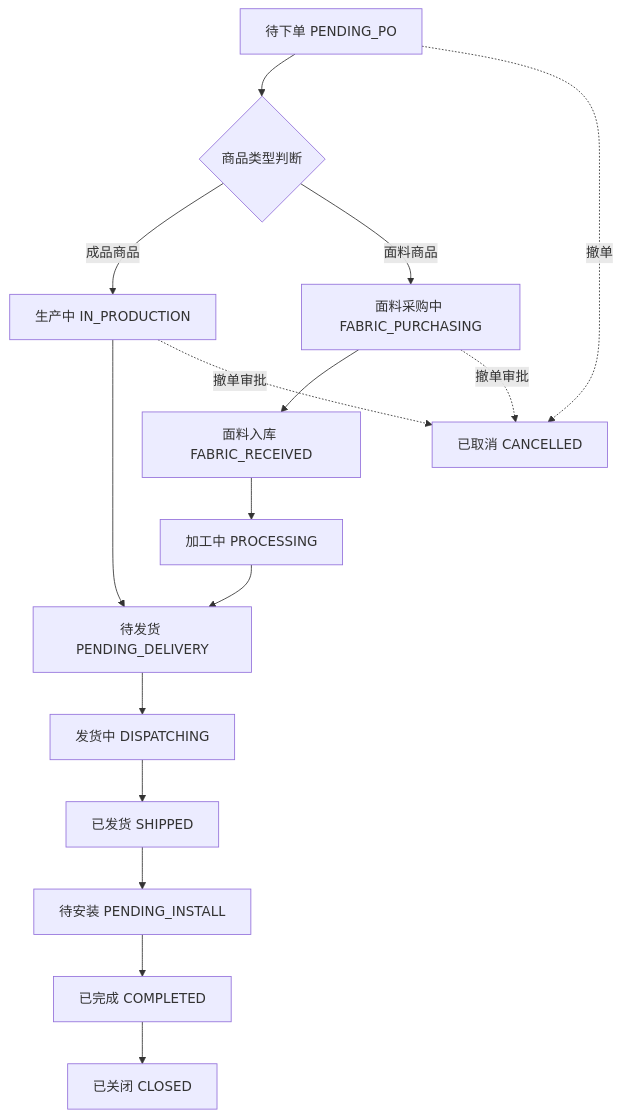
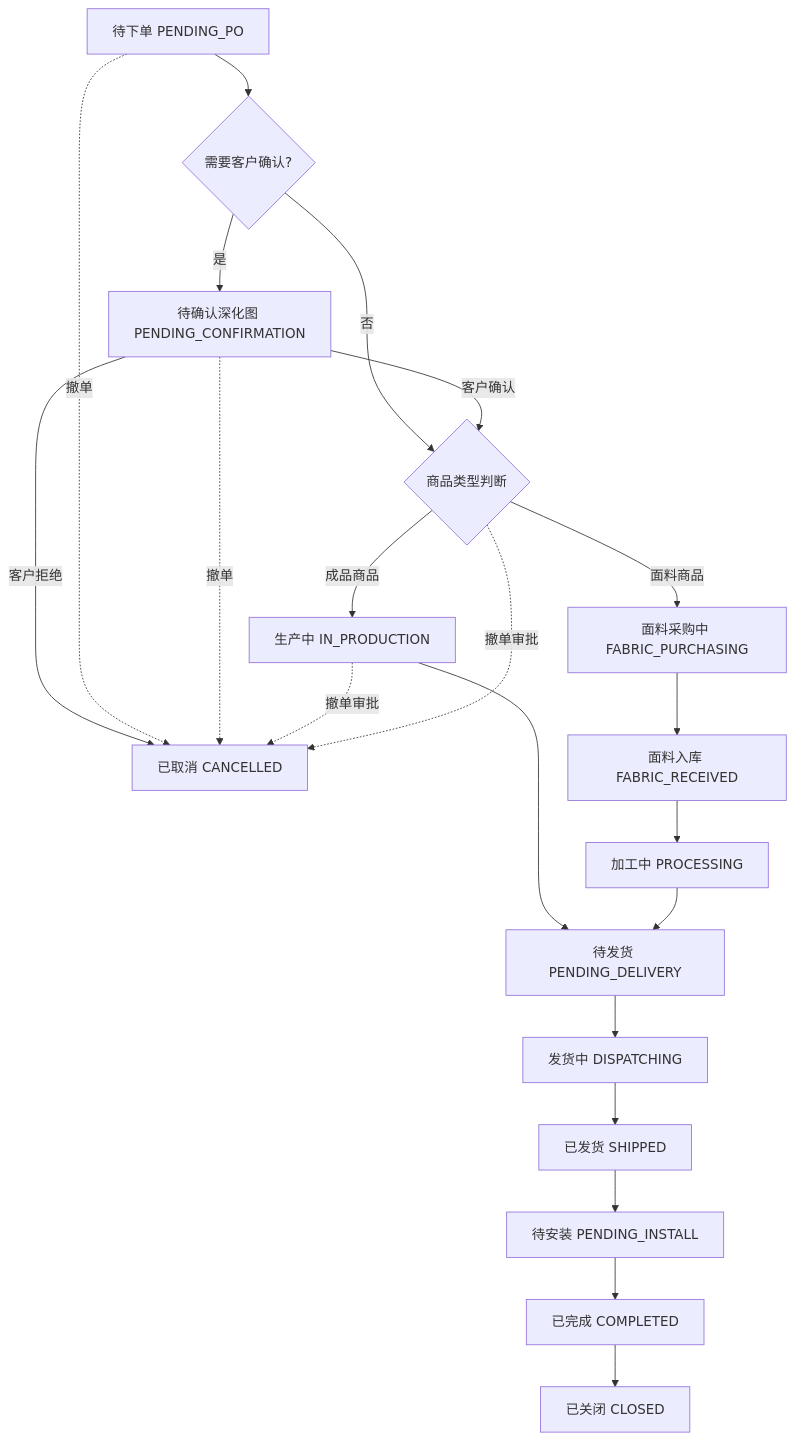
The first of 2 diagrams in docs/02-requirements/modules/订单/订单.md (Come0520/L2C), drawn with Mermaid before and after one commit. The commit also changed other lines of this file and 548 other files, not shown here.

````diff
--- a/docs/02-requirements/modules/订单/订单.md
+++ b/docs/02-requirements/modules/订单/订单.md
@@ -79,22 +79,29 @@
 ```mermaid
 graph TD
-    A[待下单 PENDING_PO] --> B{商品类型判断}
+    A[待下单 PENDING_PO] --> B{需要客户确认?}
     
-    B -->|成品商品| C[生产中 IN_PRODUCTION]
-    B -->|面料商品| D[面料采购中 FABRIC_PURCHASING]
+    B -->|是| C[待确认深化图 PENDING_CONFIRMATION]
+    B -->|否| D{商品类型判断}
     
-    C --> E[待发货 PENDING_DELIVERY]
-    D --> F[面料入库 FABRIC_RECEIVED]
-    F --> G[加工中 PROCESSING]
-    G --> E
+    C -->|客户确认| D
+    C -->|客户拒绝| E[已取消 CANCELLED]
     
-    E --> H[发货中 DISPATCHING]
-    H --> I[已发货 SHIPPED]
-    I --> J[待安装 PENDING_INSTALL]
-    J --> K[已完成 COMPLETED]
-    K --> L[已关闭 CLOSED]
+    D -->|成品商品| F[生产中 IN_PRODUCTION]
+    D -->|面料商品| G[面料采购中 FABRIC_PURCHASING]
     
-    A -.->|撤单| M[已取消 CANCELLED]
-    C -.->|撤单审批| M
-    D -.->|撤单审批| M
+    F --> H[待发货 PENDING_DELIVERY]
+    G --> I[面料入库 FABRIC_RECEIVED]
+    I --> J[加工中 PROCESSING]
+    J --> H
+    
+    H --> K[发货中 DISPATCHING]
+    K --> L[已发货 SHIPPED]
+    L --> M[待安装 PENDING_INSTALL]
+    M --> N[已完成 COMPLETED]
+    N --> O[已关闭 CLOSED]
+    
+    A -.->|撤单| E
+    C -.->|撤单| E
+    F -.->|撤单审批| E
+    D -.->|撤单审批| E
 ```
````
